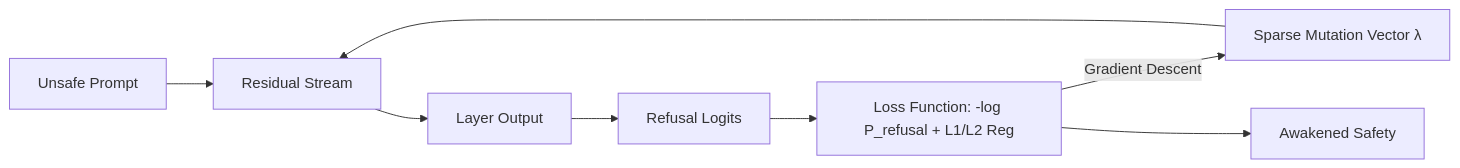
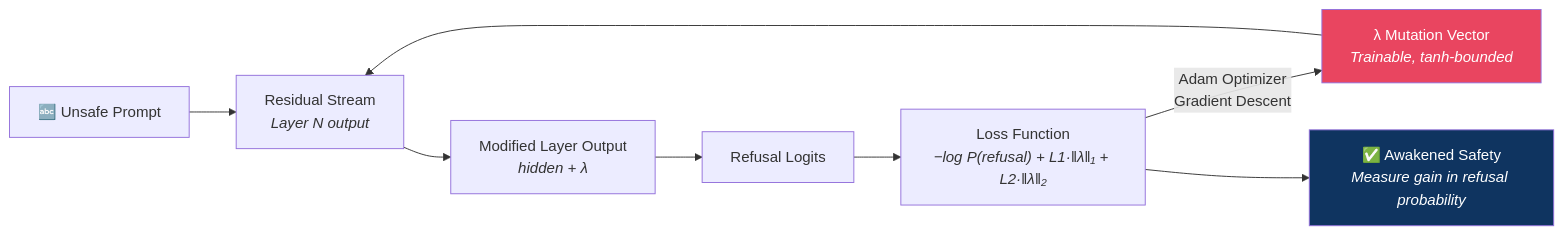
Before and after one commit to oyesanyf/Mechanistic_Interpretability: the third of 7 diagrams in README.md, drawn with Mermaid. The commit also changed other lines of this file and 2 other files, not shown here.

Commit message:
Docs: Complete README rewrite with detailed Mermaid diagrams, full CLI reference, metrics tables, and project architecture; add tracer module; rename ChainOfThought to AuditTrace; remove arxiv PDF; update .gitignore

````diff
--- a/README.md
+++ b/README.md
@@ -35,10 +94,13 @@
 ```mermaid
 graph LR
-    A[Unsafe Prompt] --> B[Residual Stream]
-    C[Sparse Mutation Vector λ] --> B
-    B --> D[Layer Output]
-    D --> E[Refusal Logits]
-    E --> F[Loss Function: -log P_refusal + L1/L2 Reg]
-    F -->|Gradient Descent| C
-    F --> G[Awakened Safety]
+    A["🔤 Unsafe Prompt"] --> B["Residual Stream<br/><i>Layer N output</i>"]
+    C["λ Mutation Vector<br/><i>Trainable, tanh-bounded</i>"] --> B
+    B --> D["Modified Layer Output<br/><i>hidden + λ</i>"]
+    D --> E["Refusal Logits"]
+    E --> F["Loss Function<br/><i>−log P(refusal) + L1·‖λ‖₁ + L2·‖λ‖₂</i>"]
+    F -->|"Adam Optimizer<br/>Gradient Descent"| C
+    F --> G["✅ Awakened Safety<br/><i>Measure gain in refusal probability</i>"]
+
+    style C fill:#e94560,color:#fff
+    style G fill:#0f3460,color:#fff
 ```
````
